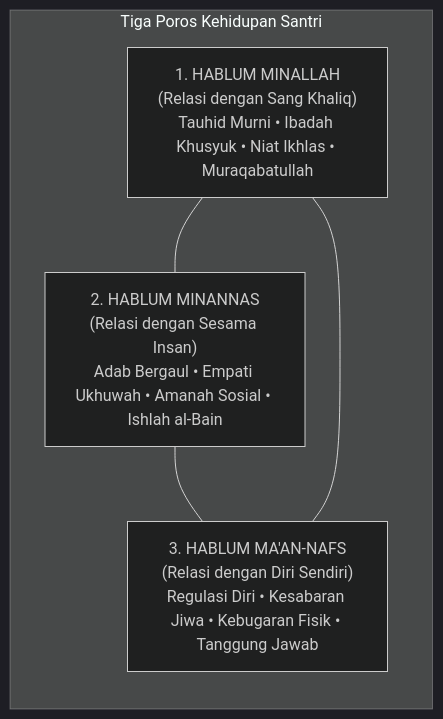
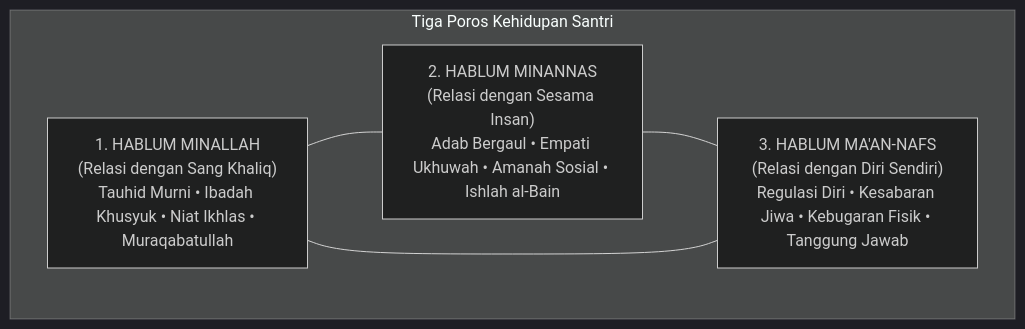
Before and after one commit to wandiapriliyandi/tumbuh: the second of 5 diagrams in BOOK Series 1/01-The-Fundamental-of-TUMBUH/Bab-10-Kerangka-Struktur-Model-Inti-TUMBUH.md, drawn with Mermaid (dark theme). The commit also changed other lines of this file and 37 other files, not shown here.

Commit message:
fix(book-01): optimasi pemenggalan teks dan overflow seluruh diagram serta render ulang 20 PDF

````diff
--- a/BOOK Series 1/01-The-Fundamental-of-TUMBUH/Bab-10-Kerangka-Struktur-Model-Inti-TUMBUH.md
+++ b/BOOK Series 1/01-The-Fundamental-of-TUMBUH/Bab-10-Kerangka-Struktur-Model-Inti-TUMBUH.md
@@ -50,12 +50,12 @@
 ```mermaid
-graph LR
+graph TD
     subgraph TIGA_RANAH_HUBUNGAN["Tiga Poros Kehidupan Santri"]
         M["1. HABLUM MINALLAH<br/>(Relasi dengan Sang Khaliq)<br/>Tauhid Murni • Ibadah Khusyuk • Niat Ikhlas • Muraqabatullah"]
         N["2. HABLUM MINANNAS<br/>(Relasi dengan Sesama Insan)<br/>Adab Bergaul • Empati Ukhuwah • Amanah Sosial • Ishlah al-Bain"]
         D["3. HABLUM MA'AN-NAFS<br/>(Relasi dengan Diri Sendiri)<br/>Regulasi Diri • Kesabaran Jiwa • Kebugaran Fisik • Tanggung Jawab"]
     end
 
     M --- N
     N --- D
     D --- M
 ```
````
